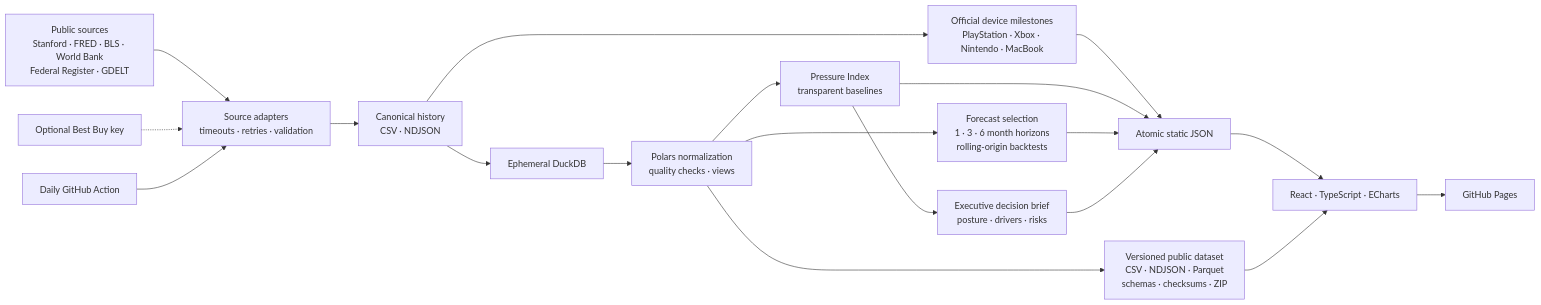
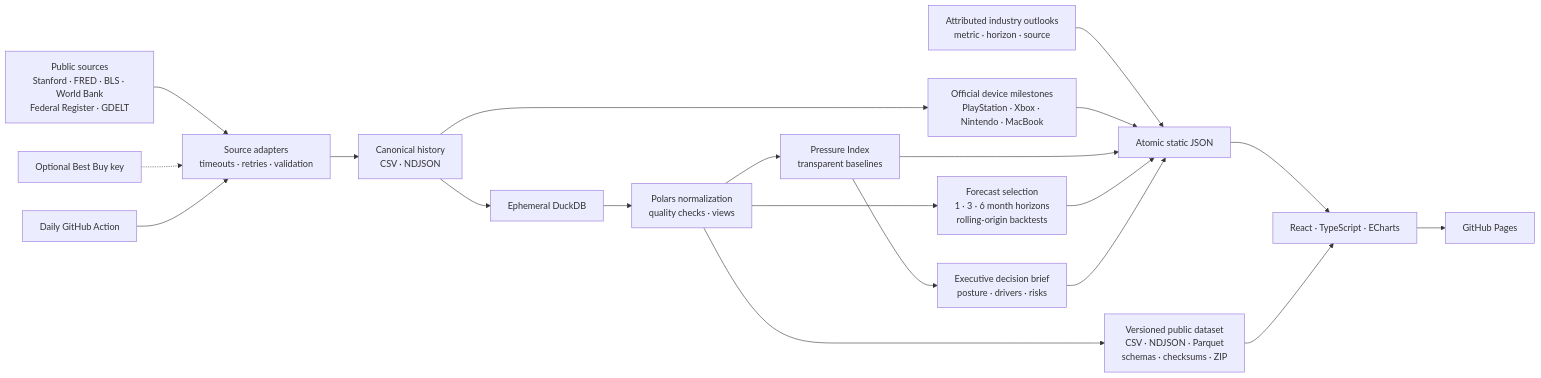
The diagram in README.md (Photon7777/memorypulse), drawn with Mermaid before and after one commit. The commit also changed other lines of this file and 37 other files, not shown here.

````diff
--- a/README.md
+++ b/README.md
@@ -30,21 +30,22 @@
 ```mermaid
 flowchart LR
   A["Public sources\nStanford · FRED · BLS · World Bank\nFederal Register · GDELT"] --> B["Source adapters\ntimeouts · retries · validation"]
   K["Optional Best Buy key"] -.-> B
   B --> C["Canonical history\nCSV · NDJSON"]
   C --> D["Ephemeral DuckDB"]
   D --> E["Polars normalization\nquality checks · views"]
   E --> F["Pressure Index\ntransparent baselines"]
   E --> G["Forecast selection\n1 · 3 · 6 month horizons\nrolling-origin backtests"]
+  O["Attributed industry outlooks\nmetric · horizon · source"] --> H
   C --> P["Official device milestones\nPlayStation · Xbox · Nintendo · MacBook"]
   P --> H
   F --> Q["Executive decision brief\nposture · drivers · risks"]
   F --> H["Atomic static JSON"]
   G --> H
   Q --> H
   E --> R["Versioned public dataset\nCSV · NDJSON · Parquet\nschemas · checksums · ZIP"]
   H --> I["React · TypeScript · ECharts"]
   R --> I
   I --> J["GitHub Pages"]
   L["Daily GitHub Action"] --> B
 ```
````
